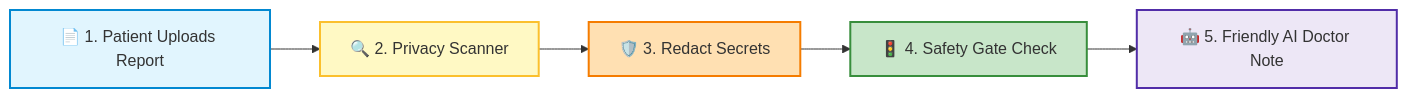
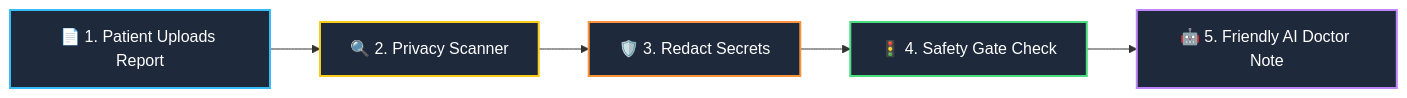
One commit to AbhijeetArunGore/Clinivara changed the first of 2 diagrams in README.md. Above: the diagram before and after it, drawn with Mermaid. The commit also changed other lines of this file, not shown here.

Commit message:
style: fix mermaid diagram text contrast with explicit white text and dark card backgrounds

````diff
--- a/README.md
+++ b/README.md
@@ -29,13 +29,13 @@
 ```mermaid
 flowchart LR
     A["📄 1. Patient Uploads Report"] --> B["🔍 2. Privacy Scanner"]
     B --> C["🛡️ 3. Redact Secrets"]
     C --> D["🚦 4. Safety Gate Check"]
     D --> E["🤖 5. Friendly AI Doctor Note"]
 
-    style A fill:#e1f5fe,stroke:#0288d1,stroke-width:2px
-    style B fill:#fff9c4,stroke:#fbc02d,stroke-width:2px
-    style C fill:#ffe0b2,stroke:#f57c00,stroke-width:2px
-    style D fill:#c8e6c9,stroke:#388e3c,stroke-width:2px
-    style E fill:#ede7f6,stroke:#512da8,stroke-width:2px
+    style A fill:#1e293b,stroke:#38bdf8,stroke-width:2px,color:#ffffff
+    style B fill:#1e293b,stroke:#facc15,stroke-width:2px,color:#ffffff
+    style C fill:#1e293b,stroke:#fb923c,stroke-width:2px,color:#ffffff
+    style D fill:#1e293b,stroke:#4ade80,stroke-width:2px,color:#ffffff
+    style E fill:#1e293b,stroke:#c084fc,stroke-width:2px,color:#ffffff
 ```
````
